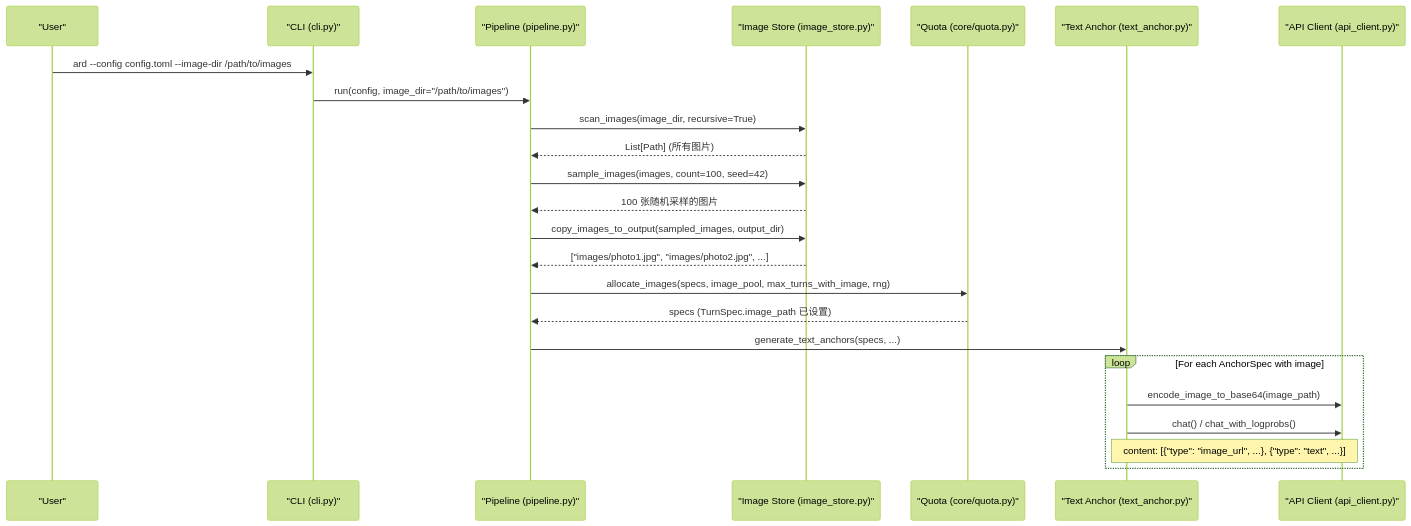
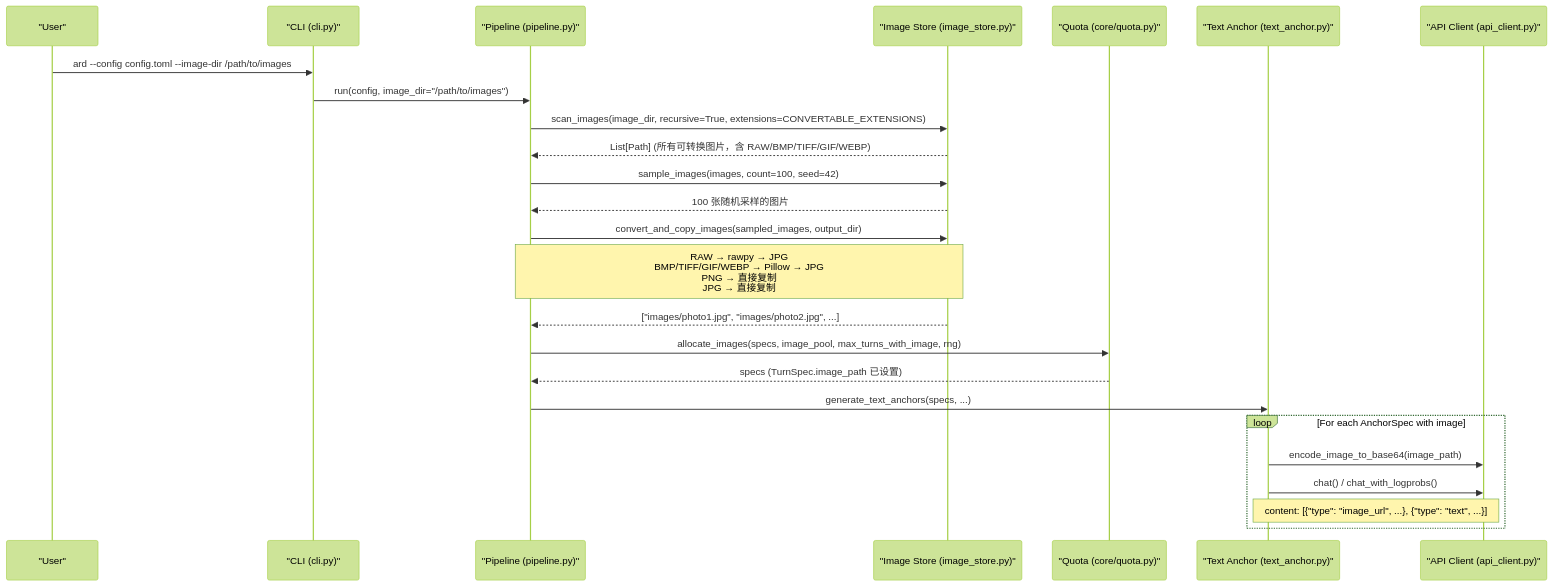
One commit to godthrone/anchor-replay-distillation changed the fifth of 5 diagrams in docs/architecture.md. Above: the diagram before and after it, drawn with Mermaid (forest theme). The commit also changed other lines of this file and 7 other files, not shown here.

First line of the commit message:
feat: auto-convert images to JPG/PNG at pipeline startup

````diff
--- a/docs/architecture.md
+++ b/docs/architecture.md
@@ -414,27 +416,28 @@
 ```mermaid
 sequenceDiagram
     participant User as "User"
     participant CLI as "CLI (cli.py)"
     participant Pipeline as "Pipeline (pipeline.py)"
     participant IS as "Image Store (image_store.py)"
     participant Quota as "Quota (core/quota.py)"
     participant TextAnchor as "Text Anchor (text_anchor.py)"
     participant API as "API Client (api_client.py)"
 
     User->>CLI: ard --config config.toml --image-dir /path/to/images
     CLI->>Pipeline: run(config, image_dir="/path/to/images")
-    Pipeline->>IS: scan_images(image_dir, recursive=True)
-    IS-->>Pipeline: List[Path] (所有图片)
+    Pipeline->>IS: scan_images(image_dir, recursive=True, extensions=CONVERTABLE_EXTENSIONS)
+    IS-->>Pipeline: List[Path] (所有可转换图片，含 RAW/BMP/TIFF/GIF/WEBP)
     Pipeline->>IS: sample_images(images, count=100, seed=42)
     IS-->>Pipeline: 100 张随机采样的图片
-    Pipeline->>IS: copy_images_to_output(sampled_images, output_dir)
+    Pipeline->>IS: convert_and_copy_images(sampled_images, output_dir)
+    Note over Pipeline,IS: RAW → rawpy → JPG<br/>BMP/TIFF/GIF/WEBP → Pillow → JPG<br/>PNG → 直接复制<br/>JPG → 直接复制
     IS-->>Pipeline: ["images/photo1.jpg", "images/photo2.jpg", ...]
     Pipeline->>Quota: allocate_images(specs, image_pool, max_turns_with_image, rng)
     Quota-->>Pipeline: specs (TurnSpec.image_path 已设置)
     Pipeline->>TextAnchor: generate_text_anchors(specs, ...)
     loop For each AnchorSpec with image
         TextAnchor->>API: encode_image_to_base64(image_path)
         TextAnchor->>API: chat() / chat_with_logprobs()
         Note over TextAnchor,API: content: [{"type": "image_url", ...}, {"type": "text", ...}]
     end
 ```
````
